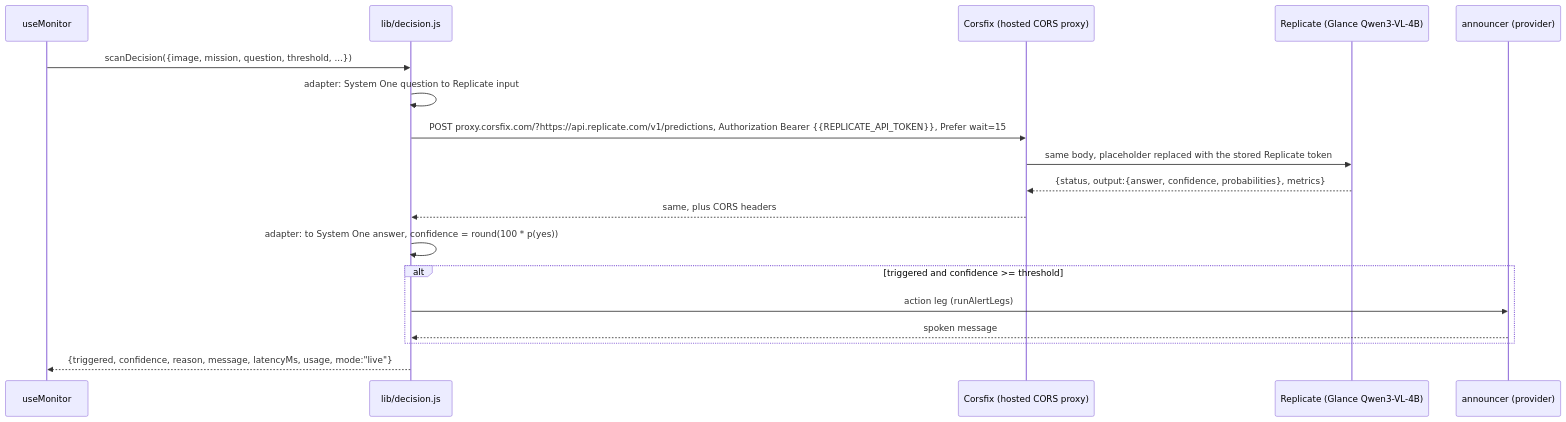
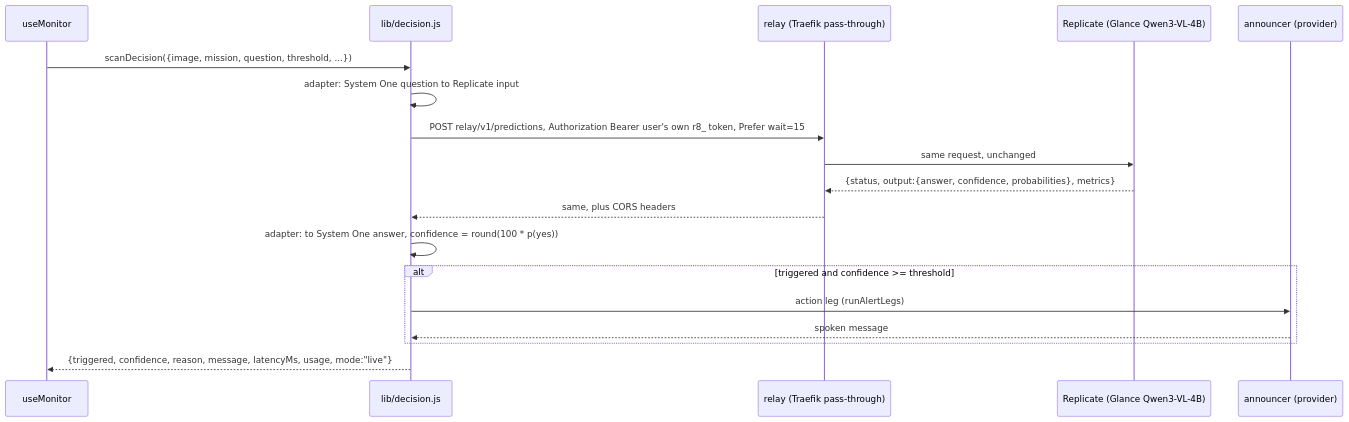
Before and after one commit to barakplasma/Aura: the second of 2 diagrams in docs/PRD-decision-engine.md, drawn with Mermaid. The commit also changed other lines of this file, not shown here.

First line of the commit message:
docs(prd): BYOK relay — no shared Replicate key anywhere

````diff
--- a/docs/PRD-decision-engine.md
+++ b/docs/PRD-decision-engine.md
@@ -178,21 +182,21 @@
 ```mermaid
 sequenceDiagram
   participant M as useMonitor
   participant D as lib/decision.js
-  participant C as Corsfix (hosted CORS proxy)
+  participant C as relay (Traefik pass-through)
   participant R as Replicate (Glance Qwen3-VL-4B)
   participant P as announcer (provider)
 
   M->>D: scanDecision({image, mission, question, threshold, ...})
   D->>D: adapter: System One question to Replicate input
-  D->>C: POST proxy.corsfix.com/?https://api.replicate.com/v1/predictions, Authorization Bearer {{REPLICATE_API_TOKEN}}, Prefer wait=15
-  C->>R: same body, placeholder replaced with the stored Replicate token
+  D->>C: POST relay/v1/predictions, Authorization Bearer user's own r8_ token, Prefer wait=15
+  C->>R: same request, unchanged
   R-->>C: {status, output:{answer, confidence, probabilities}, metrics}
   C-->>D: same, plus CORS headers
   D->>D: adapter: to System One answer, confidence = round(100 * p(yes))
   alt triggered and confidence >= threshold
     D->>P: action leg (runAlertLegs)
     P-->>D: spoken message
   end
   D-->>M: {triggered, confidence, reason, message, latencyMs, usage, mode:"live"}
 ```
````
